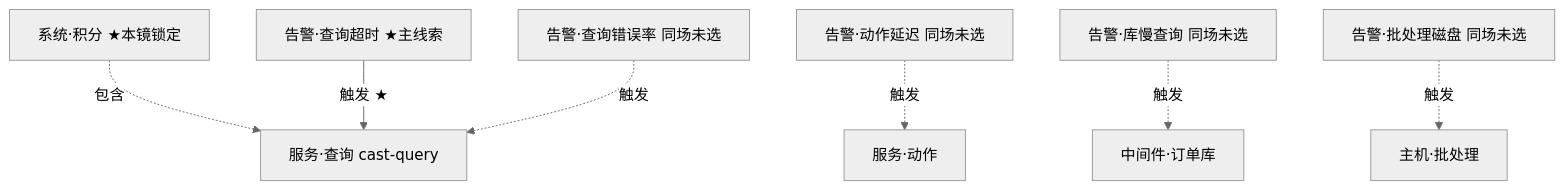
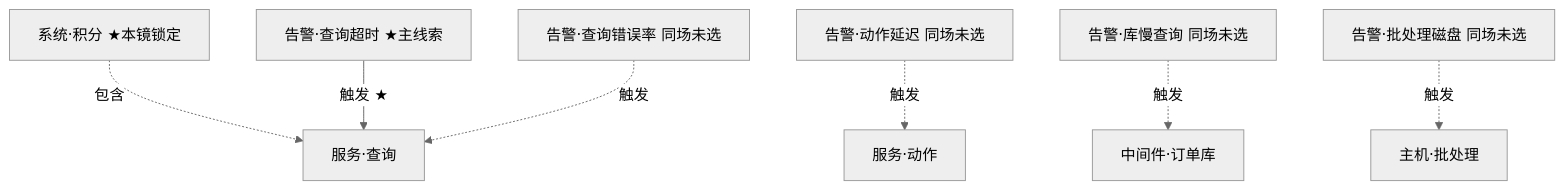
Before and after one commit to zhuxiangqun/aiPlatform: the eighth of 46 diagrams in docs/contracts/ONTOLOGY_PPT_SCENARIOS.md, drawn with Mermaid (neutral theme). The commit also changed other lines of this file, not shown here.

````diff
--- a/docs/contracts/ONTOLOGY_PPT_SCENARIOS.md
+++ b/docs/contracts/ONTOLOGY_PPT_SCENARIOS.md
@@ -228,16 +393,16 @@
 ```mermaid
 flowchart TB
   xt["系统·积分 ★本镜锁定"]
   g1["告警·查询超时 ★主线索"]
   g2["告警·查询错误率 同场未选"]
   g3["告警·动作延迟 同场未选"]
   g4["告警·库慢查询 同场未选"]
   g5["告警·批处理磁盘 同场未选"]
-  q["服务·查询 cast-query"]
+  q["服务·查询"]
   xt -.->|包含| q
   g1 -->|触发 ★| q
   g2 -.->|触发| q
   g3 -.->|触发| actTmp["服务·动作"]
   g4 -.->|触发| myTmp["中间件·订单库"]
   g5 -.->|触发| hbTmp["主机·批处理"]
 ```
````
